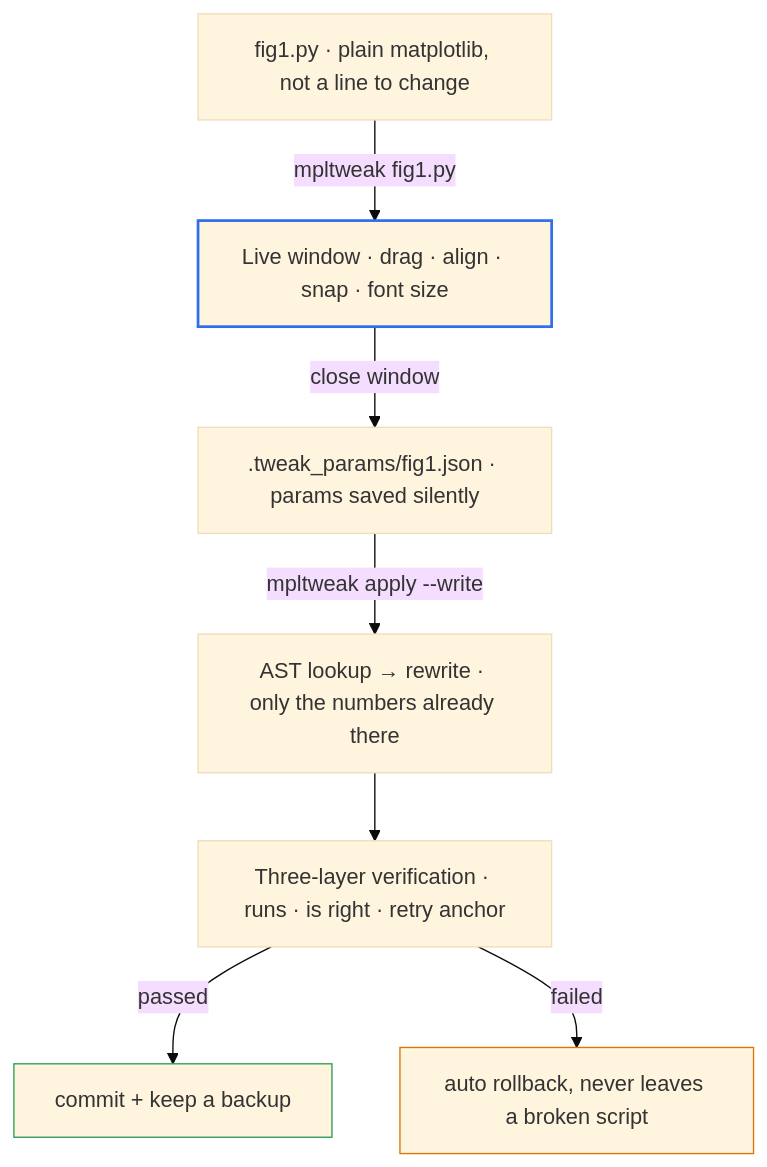
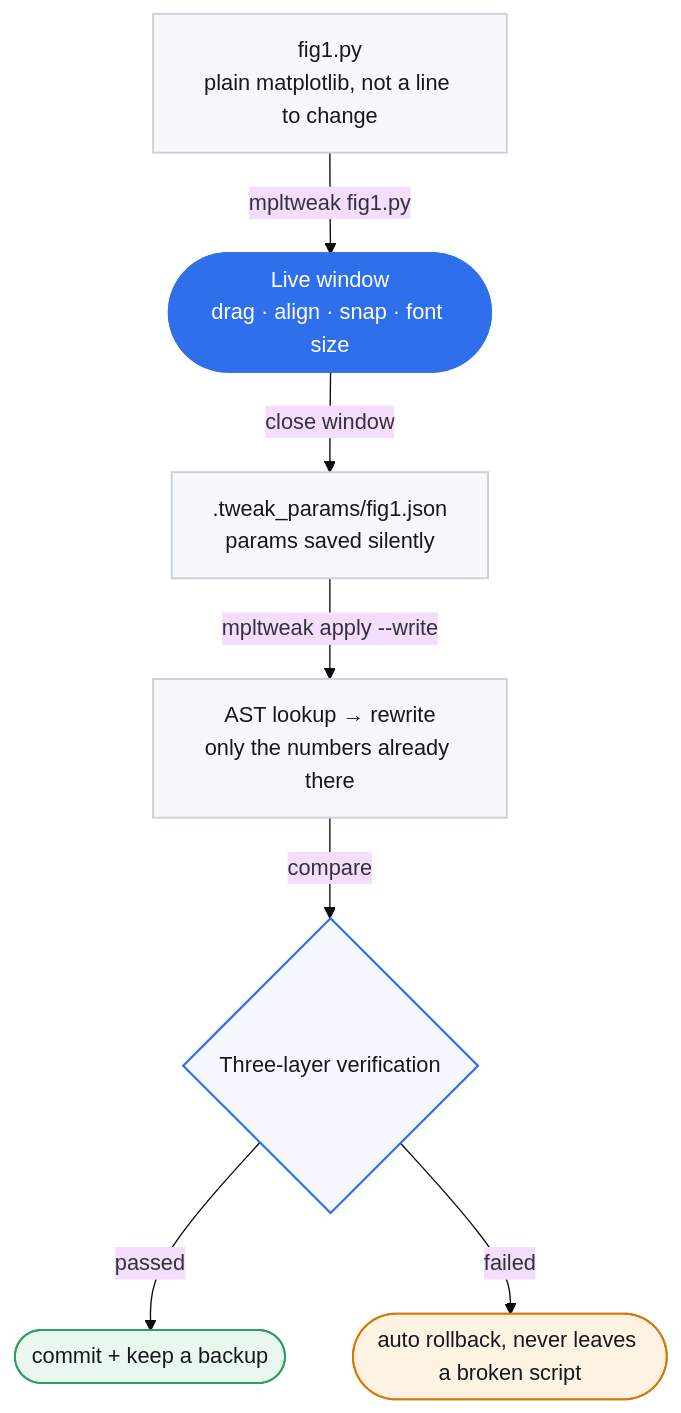
The diagram in README.en.md (shdbl/mpltweak), drawn with Mermaid (base theme) before and after one commit. The commit also changed other lines of this file and 2 other files, not shown here.

Commit message:
feat(0.1.1): make PyQt5 a default dependency; docs: semantic colored Mermaid workflow

````diff
--- a/README.en.md
+++ b/README.en.md
@@ -56,19 +56,23 @@
 ```mermaid
 flowchart TD
-    A["fig1.py · plain matplotlib, not a line to change"]
-    B["Live window · drag · align · snap · font size"]
-    C[".tweak_params/fig1.json · params saved silently"]
-    D["AST lookup → rewrite · only the numbers already there"]
-    E["Three-layer verification · runs · is right · retry anchor"]
+    A["fig1.py<br/>plain matplotlib, not a line to change"]:::script
+    B(["Live window<br/>drag · align · snap · font size"]):::win
+    C[".tweak_params/fig1.json<br/>params saved silently"]:::script
+    D["AST lookup → rewrite<br/>only the numbers already there"]:::script
+    E{"Three-layer verification"}:::check
+    F(["commit + keep a backup"]):::ok
+    G(["auto rollback, never leaves a broken script"]):::bad
 
     A -->|mpltweak fig1.py| B
     B -->|close window| C
     C -->|mpltweak apply --write| D
-    D --> E
-    E -->|passed| F["commit + keep a backup"]
-    E -->|failed| G["auto rollback, never leaves a broken script"]
+    D -->|compare| E
+    E -->|passed| F
+    E -->|failed| G
 
-    style B stroke:#2F6FEB,stroke-width:2px
-    style F stroke:#2E9E5B
-    style G stroke:#D97706
+    classDef script fill:#F7F8FA,stroke:#C9D1DB,stroke-width:1.4px,color:#16181D
+    classDef win fill:#2F6FEB,stroke:#2F6FEB,stroke-width:1.6px,color:#FFFFFF
+    classDef check fill:#F5F8FF,stroke:#2F6FEB,stroke-width:1.6px,color:#16181D
+    classDef ok fill:#EAF7EF,stroke:#2E9E5B,stroke-width:1.4px,color:#16181D
+    classDef bad fill:#FEF3E2,stroke:#D97706,stroke-width:1.4px,color:#16181D
 ```
````
